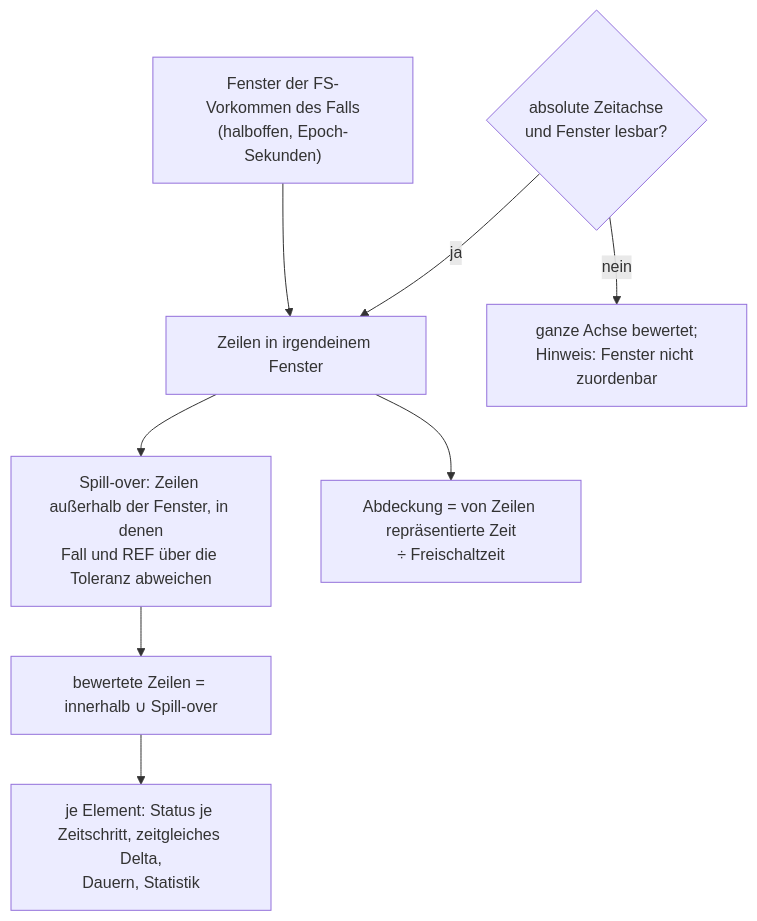
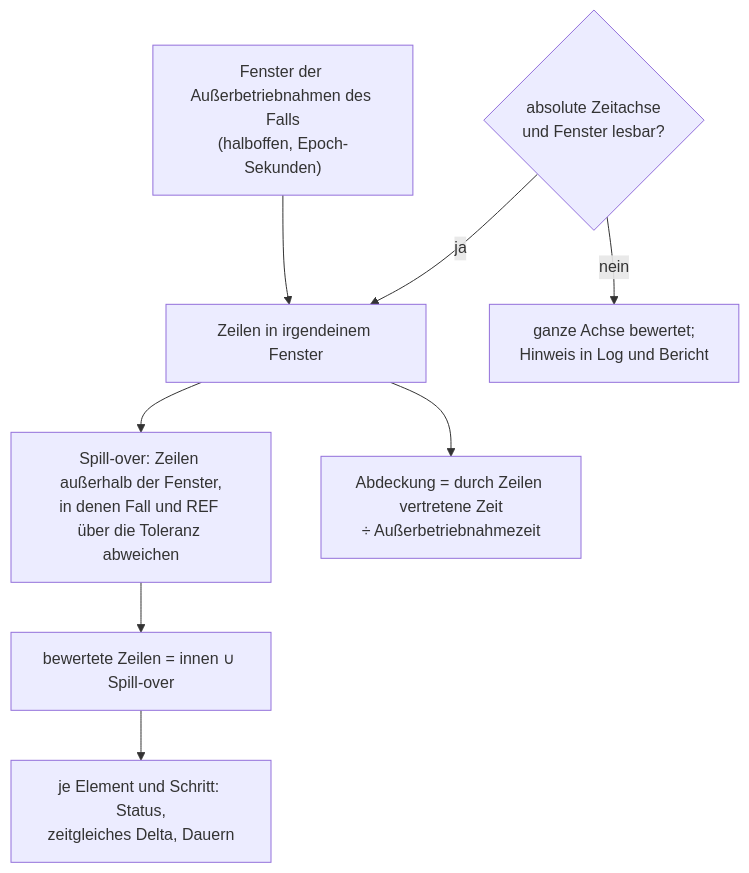
The fourth of 5 diagrams in docs/de/ARCHITEKTUR.md (hadiibrahim-Engin/GridLensAssessment), drawn with Mermaid before and after one commit. The commit also changed other lines of this file and 13 other files, not shown here.

````diff
--- a/docs/de/ARCHITEKTUR.md
+++ b/docs/de/ARCHITEKTUR.md
@@ -351,10 +385,10 @@
 ```mermaid
 flowchart TD
-    W["Fenster der FS-Vorkommen des Falls<br/>(halboffen, Epoch-Sekunden)"] --> IN["Zeilen in irgendeinem Fenster"]
-    AX{"absolute Zeitachse<br/>und Fenster lesbar?"} -- nein --> ALL["ganze Achse bewertet;<br/>Hinweis: Fenster nicht zuordenbar"]
+    W["Fenster der Außerbetriebnahmen des Falls<br/>(halboffen, Epoch-Sekunden)"] --> IN["Zeilen in irgendeinem Fenster"]
+    AX{"absolute Zeitachse<br/>und Fenster lesbar?"} -- nein --> ALL["ganze Achse bewertet;<br/>Hinweis in Log und Bericht"]
     AX -- ja --> IN
-    IN --> SP["Spill-over: Zeilen außerhalb der Fenster, in denen<br/>Fall und REF über die Toleranz abweichen"]
-    SP --> E["bewertete Zeilen = innerhalb ∪ Spill-over"]
-    E --> C["je Element: Status je Zeitschritt, zeitgleiches Delta,<br/>Dauern, Statistik"]
-    IN --> COV["Abdeckung = von Zeilen repräsentierte Zeit<br/>÷ Freischaltzeit"]
+    IN --> SP["Spill-over: Zeilen außerhalb der Fenster,<br/>in denen Fall und REF über die Toleranz abweichen"]
+    SP --> E["bewertete Zeilen = innen ∪ Spill-over"]
+    E --> C["je Element und Schritt: Status,<br/>zeitgleiches Delta, Dauern"]
+    IN --> COV["Abdeckung = durch Zeilen vertretene Zeit<br/>÷ Außerbetriebnahmezeit"]
 ```
````
